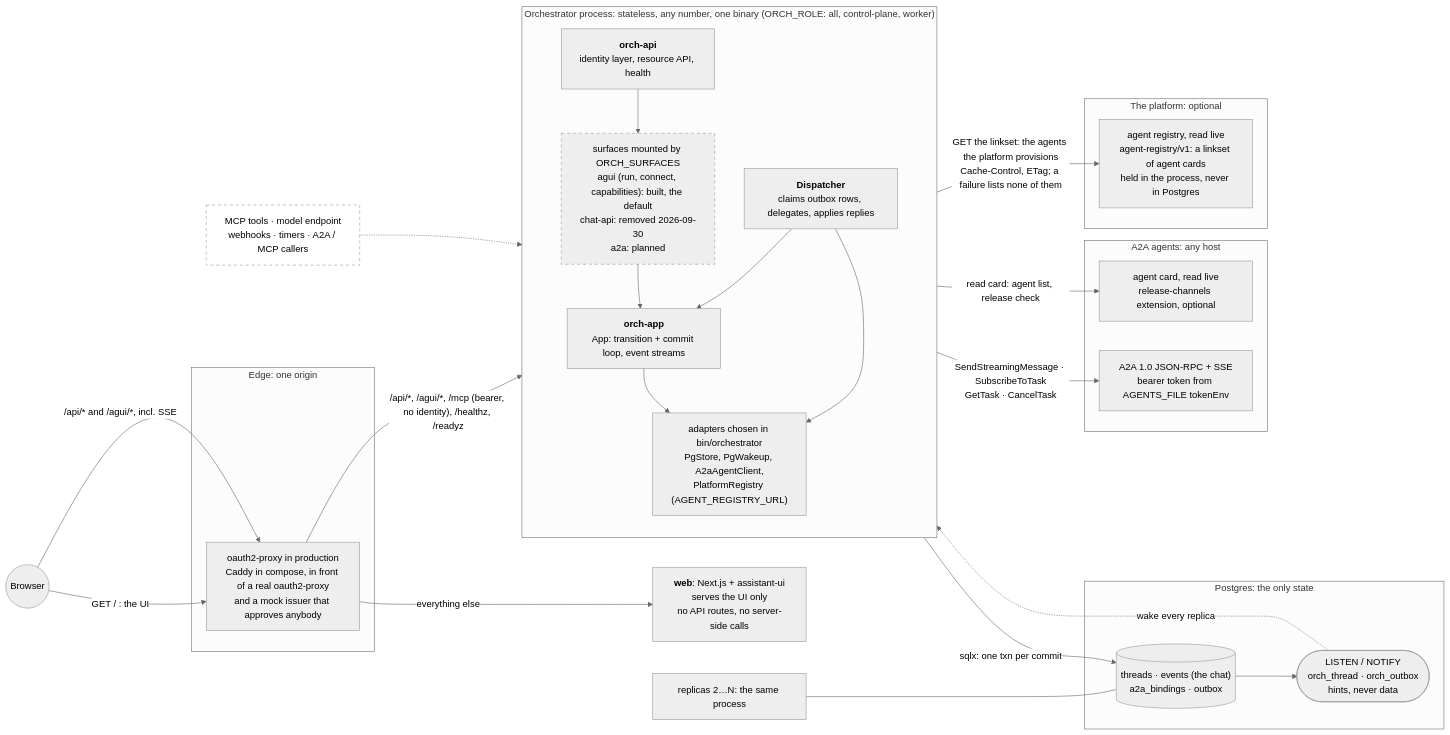
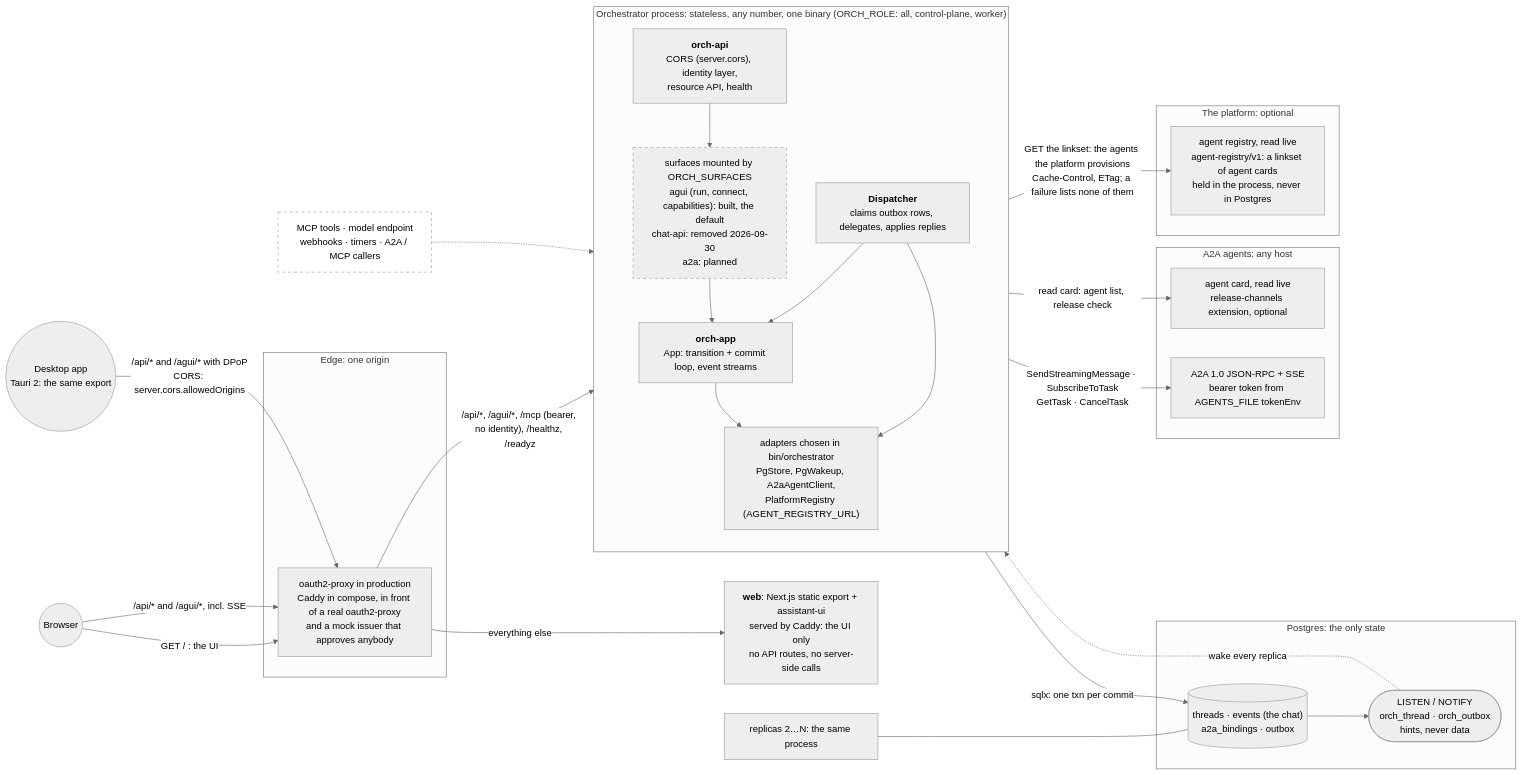
Before and after one commit to vymalo/another-agentic-system: the first of 16 diagrams in docs/architecture.md, drawn with Mermaid (neutral theme). The commit also changed other lines of this file and 142 other files, not shown here.

First line of the commit message:
feat(web): a real sign-in, a static web with CORS, and a Tauri desktop app (#213)

````diff
--- a/docs/architecture.md
+++ b/docs/architecture.md
@@ -76,46 +77,48 @@
 ```mermaid
 flowchart LR
   browser(("Browser"))
   subgraph EDGE["Edge: one origin"]
     edge["oauth2-proxy in production<br/>Caddy in compose, in front of a real oauth2-proxy<br/>and a mock issuer that approves anybody"]
   end
-  web["<b>web</b>: Next.js + assistant-ui<br/>serves the UI only<br/>no API routes, no server-side calls"]
+  desktop(("Desktop app<br/>Tauri 2: the same export"))
+  web["<b>web</b>: Next.js static export + assistant-ui<br/>served by Caddy: the UI only<br/>no API routes, no server-side calls"]
   subgraph REPLICA["Orchestrator process: stateless, any number, one binary (ORCH_ROLE: all, control-plane, worker)"]
     direction TB
-    api["<b>orch-api</b><br/>identity layer, resource API, health"]
+    api["<b>orch-api</b><br/>CORS (server.cors), identity layer,<br/>resource API, health"]
     surfaces["surfaces mounted by ORCH_SURFACES<br/>agui (run, connect, capabilities): built, the default<br/>chat-api: removed 2026-09-30<br/>a2a: planned"]
     app["<b>orch-app</b><br/>App: transition + commit loop, event streams"]
     disp["<b>Dispatcher</b><br/>claims outbox rows, delegates, applies replies"]
     adapters["adapters chosen in bin/orchestrator<br/>PgStore, PgWakeup, A2aAgentClient,<br/>PlatformRegistry (AGENT_REGISTRY_URL)"]
     api --> surfaces --> app
     disp --> app
     app --> adapters
     disp --> adapters
   end
   subgraph PG["Postgres: the only state"]
     tables[("threads · events (the chat)<br/>a2a_bindings · outbox")]
     notify(["LISTEN / NOTIFY<br/>orch_thread · orch_outbox<br/>hints, never data"])
   end
   subgraph AGENTS["A2A agents: any host"]
     card["agent card, read live<br/>release-channels extension, optional"]
     a2a["A2A 1.0 JSON-RPC + SSE<br/>bearer token from AGENTS_FILE tokenEnv"]
   end
   subgraph PLATFORM["The platform: optional"]
     registry["agent registry, read live<br/>agent-registry/v1: a linkset of agent cards<br/>held in the process, never in Postgres"]
   end
   browser -- "GET / : the UI" --> edge
   browser -- "/api/* and /agui/*, incl. SSE" --> edge
+  desktop -- "/api/* and /agui/* with DPoP<br/>CORS: server.cors.allowedOrigins" --> edge
   edge -- "everything else" --> web
   edge -- "/api/*, /agui/*, /mcp (bearer, no identity), /healthz, /readyz" --> api
   adapters -- "sqlx: one txn per commit" --> tables
   tables --> notify
   notify -. "wake every replica" .-> adapters
   adapters -- "SendStreamingMessage · SubscribeToTask<br/>GetTask · CancelTask" --> a2a
   adapters -- "read card: agent list, release check" --> card
   adapters -- "GET the linkset: the agents the platform provisions<br/>Cache-Control, ETag; a failure lists none of them" --> registry
   more["replicas 2…N: the same process"] --- tables
   mcp["MCP tools · model endpoint<br/>webhooks · timers · A2A / MCP callers"]:::planned
   mcp -.-> api
   classDef planned stroke-dasharray: 5 5,fill:none
   style surfaces stroke-dasharray: 5 5
 ```
````
